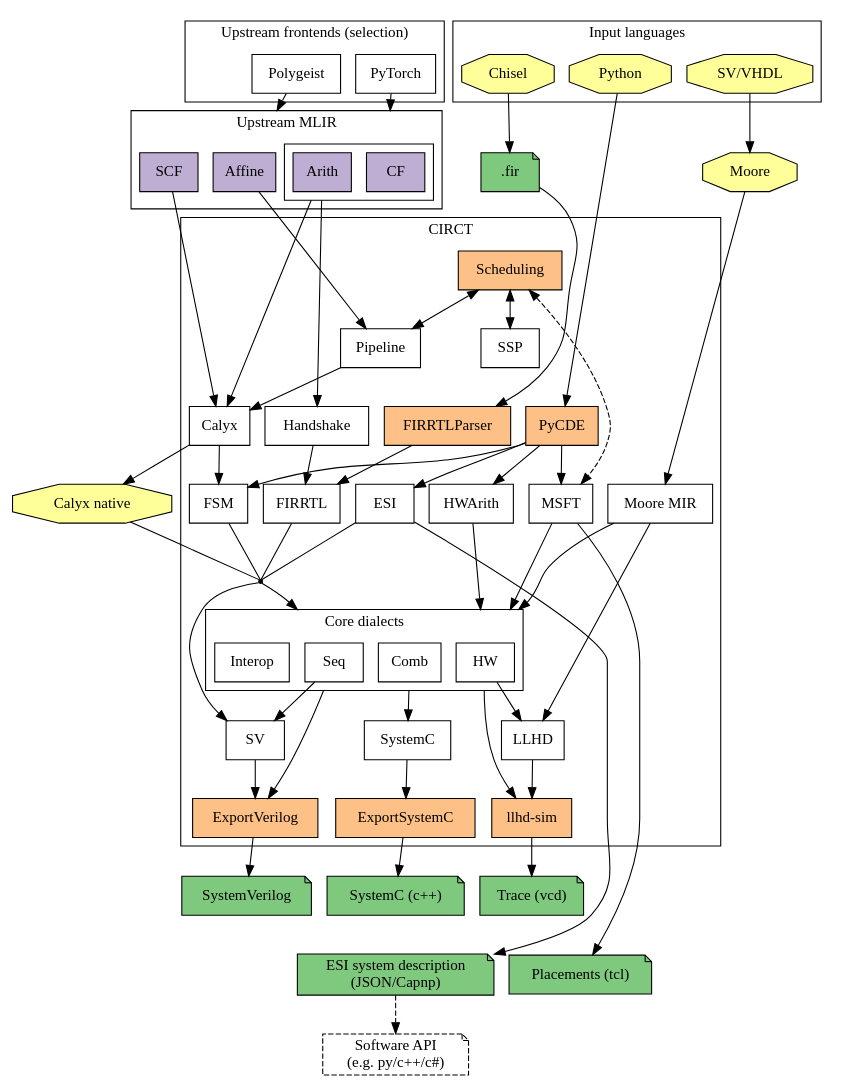
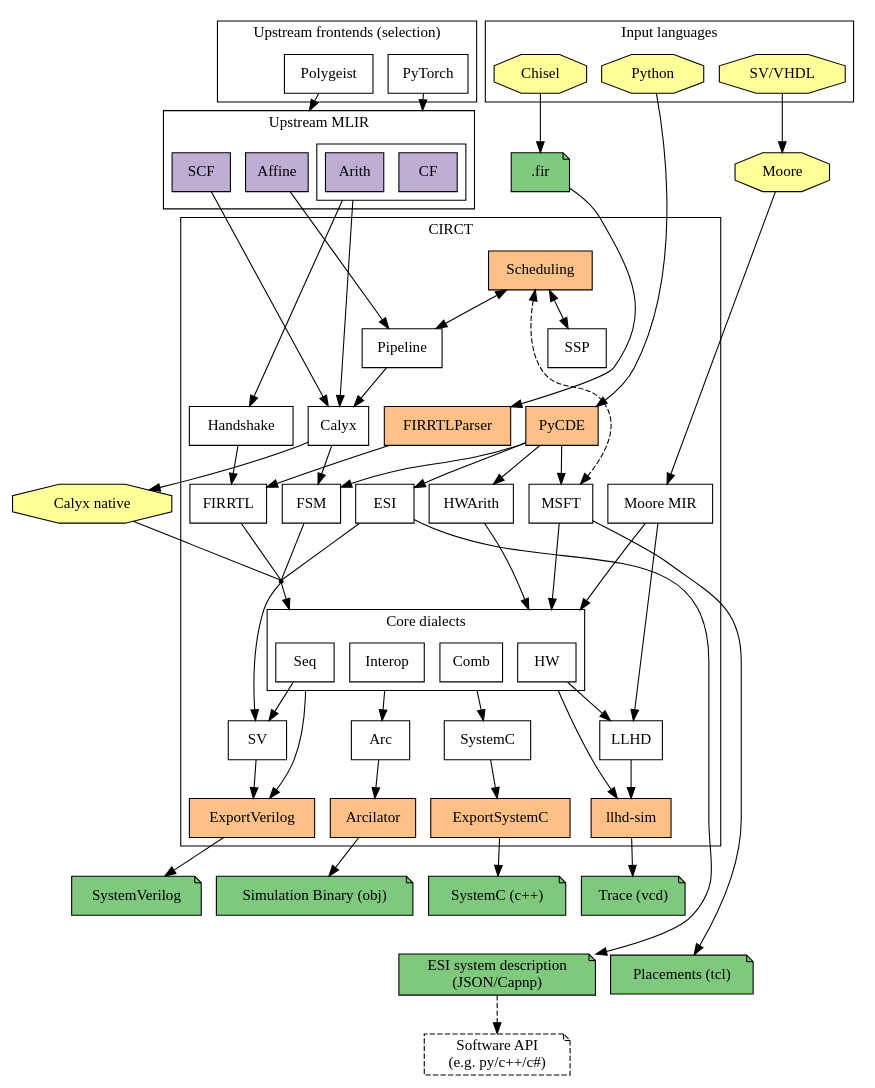
Before and after one commit to thomasnormal/circt: the diagram in docs/dialects.dot, drawn with Graphviz. The commit also changed 2 other files, not shown here.

Commit message:
[Docs] Add Arc to dialects diagram (#5134)

```diff
--- a/docs/dialects.dot
+++ b/docs/dialects.dot
@@ -1,171 +1,177 @@
 digraph G {
   // Note: Remember to run the circt/utils/update-docs-dialects.sh script after
   // modifying this file to regenerate the .svg and .png renders of the graph.
   rankdir = TB
   splines=spline
   node [shape=box style=filled fillcolor="white"]
   nodesep=0.2 // horizontal compression
   ranksep=0.5 // vertical compression
   compound=true
 
   // MLIR frontends
   subgraph cluster_mlir_frontends {
     label = "Upstream frontends (selection)"
     PyTorch
     Polygeist
   }
 
   // MLIR dialects
   subgraph cluster_mlir {
     label = "Upstream MLIR";
     node [fillcolor="#beaed4"]
     SCF Affine
     subgraph cluster_std_arith_dialect {
       label = ""
       CF
       Arith
     }
   }
   PyTorch -> CF [lhead=cluster_mlir]
   Polygeist -> Affine [lhead=cluster_mlir]
 
   subgraph cluster_circt {
     label = "CIRCT"
     // Internal frontend tools
     subgraph frontend_internal_tools{
       node [fillcolor="#fdc086"]
       FIRRTLParser
       PyCDE [URL="https://circt.llvm.org/docs/PyCDE/"]
       Scheduling [URL="https://circt.llvm.org/docs/Scheduling/"]
     }
 
     // CIRCT dialects
     Handshake [URL="https://circt.llvm.org/docs/Dialects/Handshake/"]
     Calyx [URL="https://circt.llvm.org/docs/Dialects/Calyx/"]
     FIRRTL [URL="https://circt.llvm.org/docs/Dialects/FIRRTL/"]
     Pipeline [URL="https://circt.llvm.org/docs/Dialects/Pipeline/"]
     SSP [URL="https://circt.llvm.org/docs/Dialects/SSP/"]
     MSFT [URL="https://circt.llvm.org/docs/Dialects/MSFT/"]
     ESI [URL="https://circt.llvm.org/docs/Dialects/ESI/"]
     FSM [URL="https://circt.llvm.org/docs/Dialects/FSM/"]
     HWArith [URL="https://circt.llvm.org/docs/Dialects/HWArith/"]
     MooreMIR [URL="https://circt.llvm.org/docs/Dialects/Moore/", label="Moore MIR"]
 
     // Intermediate node to target when lowering to both SV and Core dialects
     lower_to_sv_and_core [shape=point label="" fillcolor=black]
 
     // Invisible node to make space for RTL cluster's incoming edges.
     space_above_RTL [style = invis, label=""]
 
     // Core dialects
     subgraph cluster_RTL {
       label = "Core dialects"
       Seq [URL="https://circt.llvm.org/docs/Dialects/Seq/"]
       HW [URL="https://circt.llvm.org/docs/Dialects/HW/"]
       Comb [URL="https://circt.llvm.org/docs/Dialects/Comb/"]
       Interop [URL="https://circt.llvm.org/docs/Dialects/Interop/"]
     }
     LLHD [URL="https://circt.llvm.org/docs/Dialects/LLHD/"]
+    Arc [URL="https://circt.llvm.org/docs/Dialects/Arc/"]
 
     // Backend dialects
     SV [URL="https://circt.llvm.org/docs/Dialects/SV/"]
     SystemC [URL="https://circt.llvm.org/docs/Dialects/SystemC/"]
 
     subgraph backend_internal_tools{
       node [fillcolor="#fdc086"]
+      Arcilator
       llhd_sim [label="llhd-sim"]
       ExportSystemC
       ExportVerilog [URL="https://circt.llvm.org/docs/VerilogGeneration/"]
     }
   }
 
   // External tools
   subgraph external_tools {
     node [shape=octagon fillcolor="#ffff99"]
     Moore 
     Calyx_native [label="Calyx native"]
   }
 
   FIRFile [label=".fir" fillcolor="#7fc97f" shape="note"]
 
   subgraph cluster_input_langs {
     label = "Input languages"
     node [shape=octagon fillcolor="#ffff99"]
     Chisel
     SVVHDL [label="SV/VHDL"]
     PyFile [label="Python"]
   }
 
   // Output file formats
   subgraph output_file_formats {
     node [fillcolor="#7fc97f" shape="note"]
     VCDTrace [label="Trace (vcd)"]
     SystemCFile [label="SystemC (c++)"]
     SVFile [label="SystemVerilog"]
     ServiceDesc [label="ESI system description\n(JSON/Capnp)"]
     SoftwareAPI [label="Software API\n(e.g. py/c++/c#)" style=dashed]
     TCL [label="Placements (tcl)"]
+    SimBinary [label="Simulation Binary (obj)"]
   }
 
   // ===== Connections =====
   // Dialect conversions
   SCF -> Calyx
   Affine -> Pipeline
   Pipeline -> Calyx
   Arith -> {Handshake Calyx} [ltail=cluster_std_arith_dialect]
 
   Handshake -> FIRRTL
   Calyx -> FSM
 
   // Things that lower into a subset of the RTL-like dialects. Cluster these
   // together to avoid a massive clutter.
   {MSFT HWArith MooreMIR} -> HW [lhead=cluster_RTL]
   {ESI FIRRTL FSM} -> lower_to_sv_and_core [arrowhead=none]
   lower_to_sv_and_core -> SV
   lower_to_sv_and_core -> Seq [lhead=cluster_RTL]
   Seq -> SV
   {HW MooreMIR} -> LLHD
+  Interop -> Arc [ltail=cluster_RTL]
   Comb -> SystemC [ltail=cluster_RTL]
   ExportVerilog -> SVFile
 
   // Tool flows
+  Arc -> Arcilator
+  Arcilator -> SimBinary
   Scheduling -> Pipeline [dir=both]
   Chisel -> FIRFile
   FIRFile -> FIRRTLParser
   FIRRTLParser -> FIRRTL
   SystemC -> ExportSystemC
   ExportSystemC -> SystemCFile
   SV -> ExportVerilog
   Seq -> ExportVerilog [ltail=cluster_RTL]
   HW -> llhd_sim [ltail=cluster_RTL]
   SVVHDL -> Moore [weight=999]
   Moore -> MooreMIR
   Calyx -> Calyx_native
   Calyx_native -> lower_to_sv_and_core [arrowhead=none]
   LLHD -> llhd_sim
   llhd_sim -> VCDTrace
   //ESI -> CapNProto
   ESI -> ServiceDesc
   MSFT -> TCL
   PyFile -> PyCDE
   PyCDE -> {ESI MSFT HWArith FSM}
   Scheduling -> SSP [dir=both]
   Scheduling -> MSFT [dir=both, style=dashed]
   ServiceDesc -> SoftwareAPI [style=dashed]
 
   // ====== Some fake edges to coerce a good layout ======
   // Note: Modify these if you make changes to the above diagram, and things
   // start looking weird.
 
   // Leave one rank free above the RTL cluster to improve routing of incoming
   // edges.
   {FIRRTL FSM ESI MSFT HWArith MooreMIR} -> space_above_RTL [weight=999, style=invis]
   space_above_RTL -> {Seq HW Comb} [lhead=cluster_RTL, weight=999, style=invis]
 
   // Fix the following sink nodes below the CIRCT cluster
   SystemCFile -> {TCL ServiceDesc} [weight=999 style=invis]
 
   // Better organize the top.
   {PyTorch Polygeist Chisel} -> CF [weight=999 style=invis]
   FIRFile -> Scheduling [weight=999 style=invis]
 }
```
